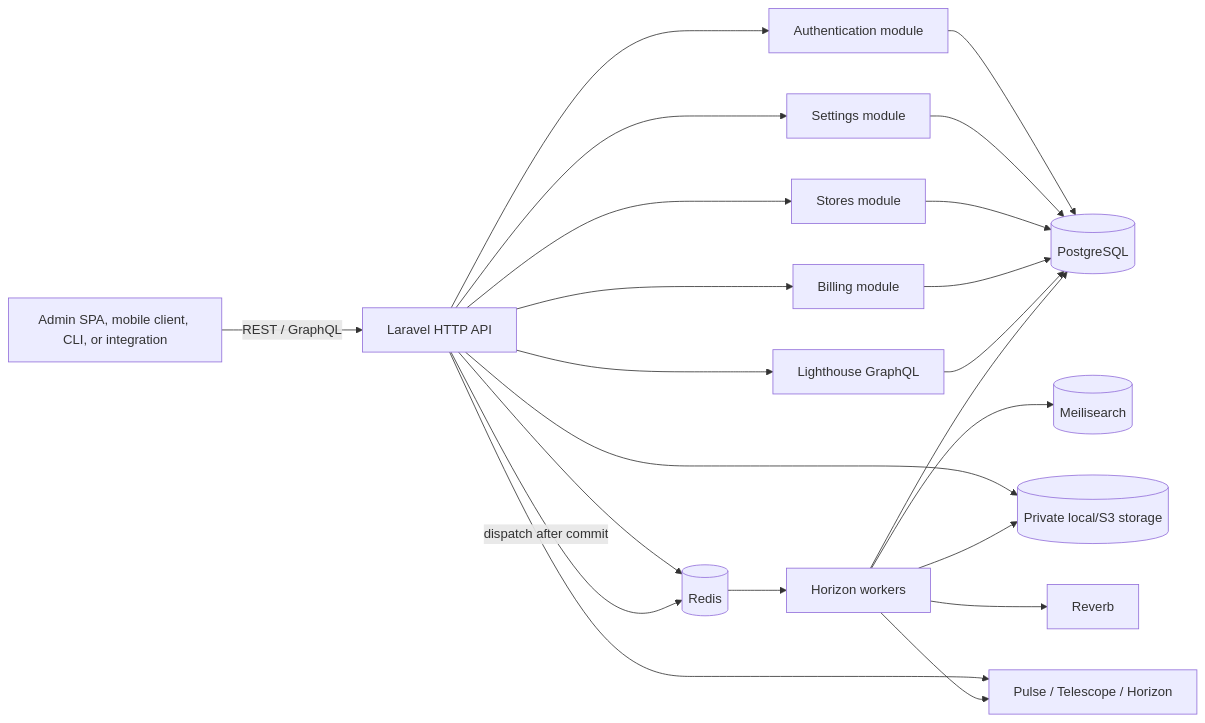
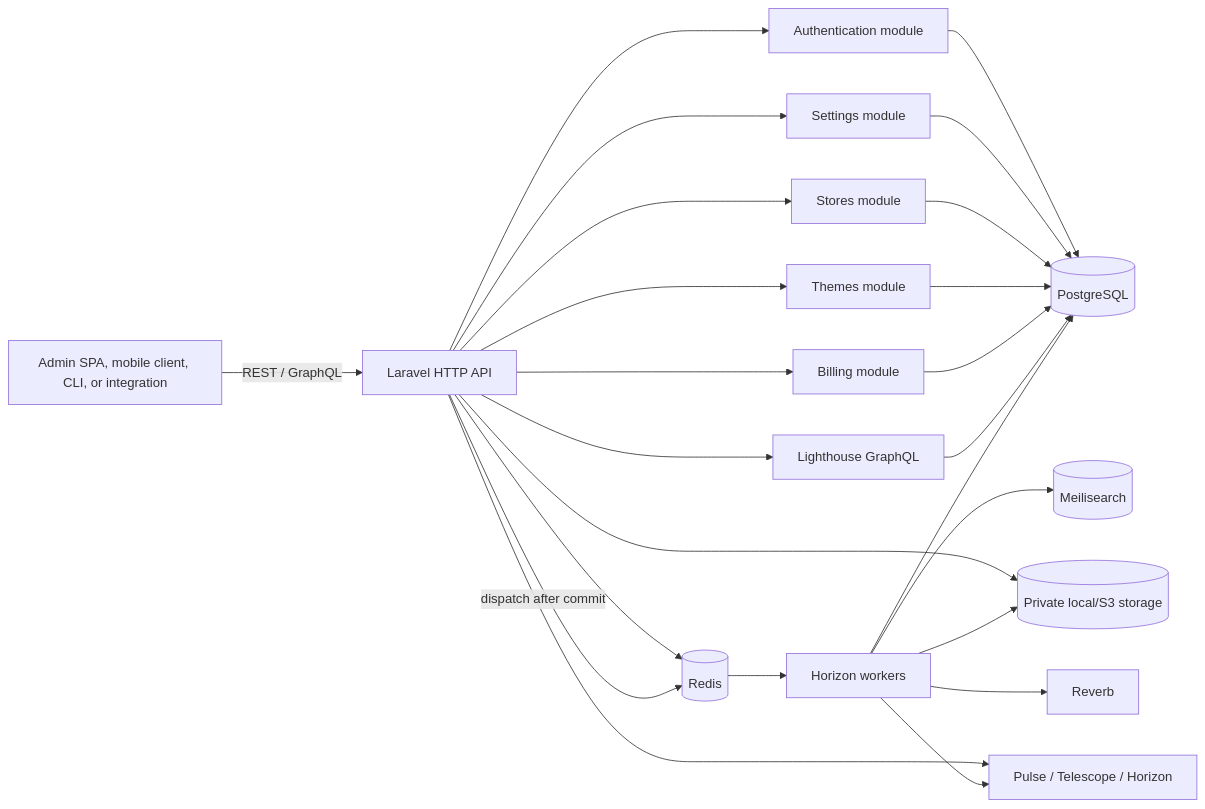
The first of 5 diagrams in docs/developer-guide.md (fzeeso/shopnxebk), drawn with Mermaid before and after one commit. The commit also changed other lines of this file and 44 other files, not shown here.

````diff
--- a/docs/developer-guide.md
+++ b/docs/developer-guide.md
@@ -11,39 +11,42 @@
 ```mermaid
 flowchart LR
     Client["Admin SPA, mobile client, CLI, or integration"]
     HTTP["Laravel HTTP API"]
     Auth["Authentication module"]
     Settings["Settings module"]
     Store["Stores module"]
+    Themes["Themes module"]
     Billing["Billing module"]
     GraphQL["Lighthouse GraphQL"]
     DB[("PostgreSQL")]
     Redis[("Redis")]
     Search[("Meilisearch")]
     Files[("Private local/S3 storage")]
     Queue["Horizon workers"]
     Reverb["Reverb"]
     Ops["Pulse / Telescope / Horizon"]
 
     Client -->|"REST / GraphQL"| HTTP
     HTTP --> Auth
     HTTP --> Settings
     HTTP --> Store
+    HTTP --> Themes
     HTTP --> Billing
     HTTP --> GraphQL
     Auth --> DB
     Settings --> DB
     Store --> DB
+    Themes --> DB
     Billing --> DB
     GraphQL --> DB
     HTTP --> Redis
     HTTP --> Files
     HTTP -->|"dispatch after commit"| Redis
     Redis --> Queue
     Queue --> DB
     Queue --> Search
     Queue --> Files
     Queue --> Reverb
     HTTP --> Ops
     Queue --> Ops
 ```
````
